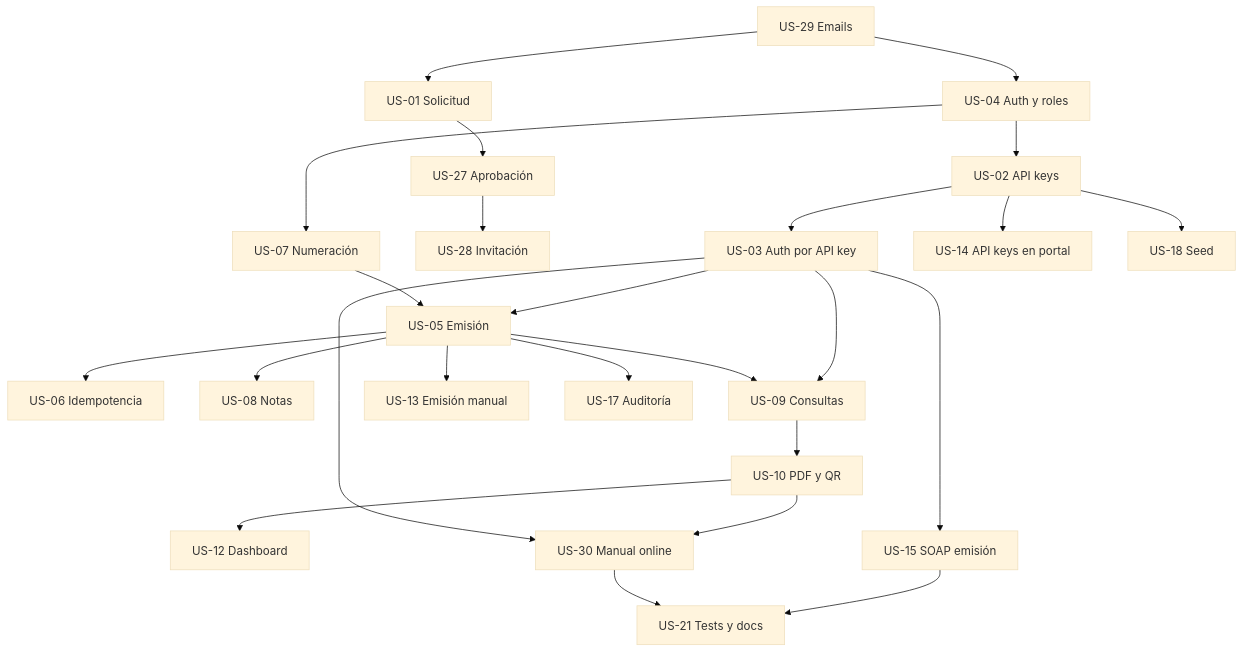
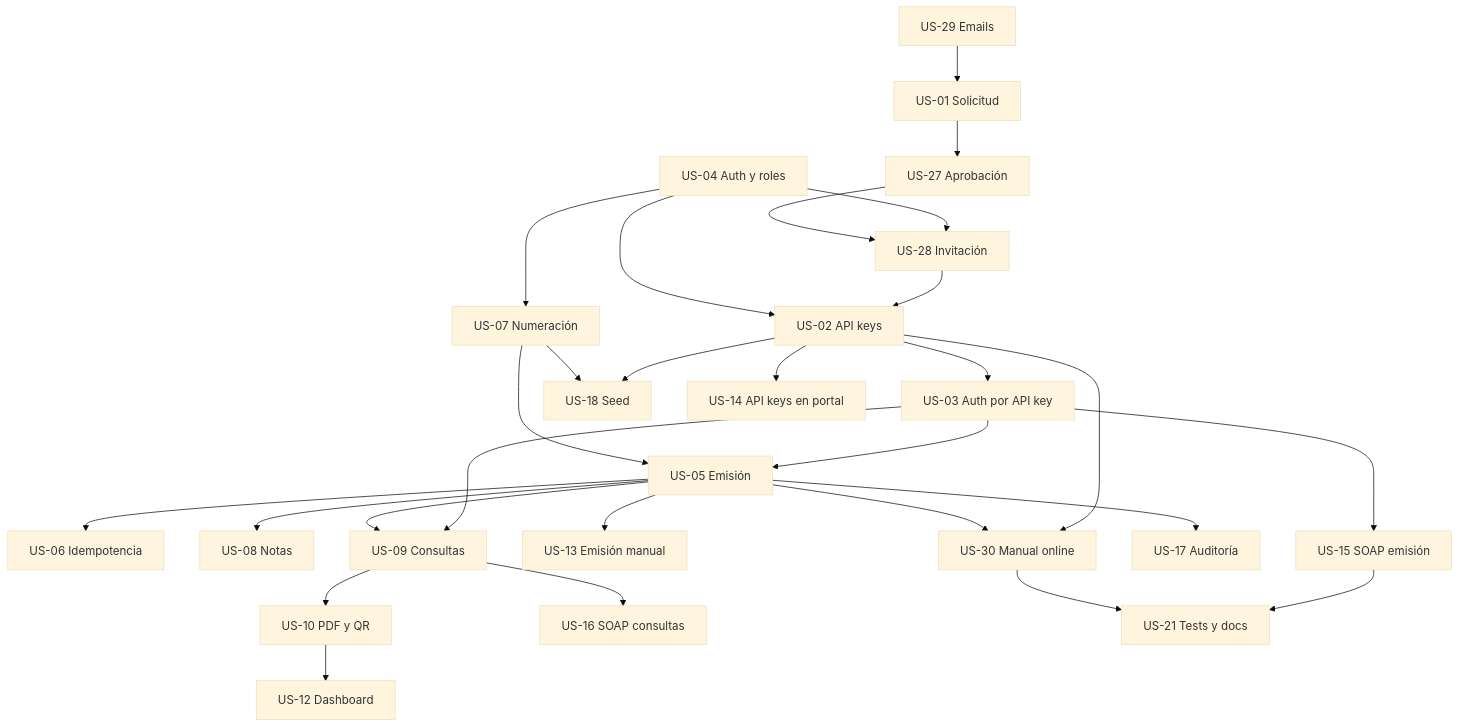
Before and after one commit to FT-Key/FacturAR: the diagram in docs/plan-implementacion.md, drawn with Mermaid (base theme). The commit also changed other lines of this file and 7 other files, not shown here.

````diff
--- a/docs/plan-implementacion.md
+++ b/docs/plan-implementacion.md
@@ -153,27 +194,30 @@
 ```mermaid
 flowchart TD
-    F0A["US-29 Emails"] --> F0B["US-04 Auth y roles"]
-    F0B --> F0C["US-02 API keys"]
-    F0C --> F0D["US-03 Auth por API key"]
-    F0A --> F1A["US-01 Solicitud"]
+    F0A["US-04 Auth y roles"] --> F1C["US-28 Invitación"]
+    F0B["US-29 Emails"] --> F1A["US-01 Solicitud"]
     F1A --> F1B["US-27 Aprobación"]
-    F1B --> F1C["US-28 Invitación"]
-    F0B --> F2A["US-07 Numeración"]
-    F0D --> F2B["US-05 Emisión"]
-    F2A --> F2B
-    F2B --> F2C["US-06 Idempotencia"]
-    F2B --> F2D["US-08 Notas"]
-    F0D --> F3A["US-09 Consultas"]
-    F2B --> F3A
-    F3A --> F3B["US-10 PDF y QR"]
-    F3B --> F3C["US-12 Dashboard"]
-    F2B --> F3D["US-13 Emisión manual"]
-    F0C --> F3E["US-14 API keys en portal"]
-    F0D --> F4A["US-15 SOAP emisión"]
-    F2B --> F4B["US-17 Auditoría"]
-    F0C --> F4C["US-18 Seed"]
-    F3B --> F5A["US-30 Manual online"]
-    F0D --> F5A
-    F4A --> F5B["US-21 Tests y docs"]
-    F5A --> F5B
+    F1B --> F1C
+    F1C --> F2A["US-02 API keys"]
+    F0A --> F2A
+    F2A --> F2B["US-03 Auth por API key"]
+    F0A --> F2C["US-07 Numeración"]
+    F2A --> F2D["US-18 Seed"]
+    F2C --> F2D
+    F2B --> F3A["US-05 Emisión"]
+    F2C --> F3A
+    F3A --> F3B["US-06 Idempotencia"]
+    F3A --> F3C["US-08 Notas"]
+    F2B --> F4A["US-09 Consultas"]
+    F3A --> F4A
+    F4A --> F4B["US-10 PDF y QR"]
+    F4B --> F4C["US-12 Dashboard"]
+    F3A --> F4D["US-13 Emisión manual"]
+    F2A --> F4E["US-14 API keys en portal"]
+    F2B --> F5A["US-15 SOAP emisión"]
+    F4A --> F5B["US-16 SOAP consultas"]
+    F3A --> F5C["US-17 Auditoría"]
+    F2A --> F5D["US-30 Manual online"]
+    F3A --> F5D
+    F5A --> F5E["US-21 Tests y docs"]
+    F5D --> F5E
 ```
````
